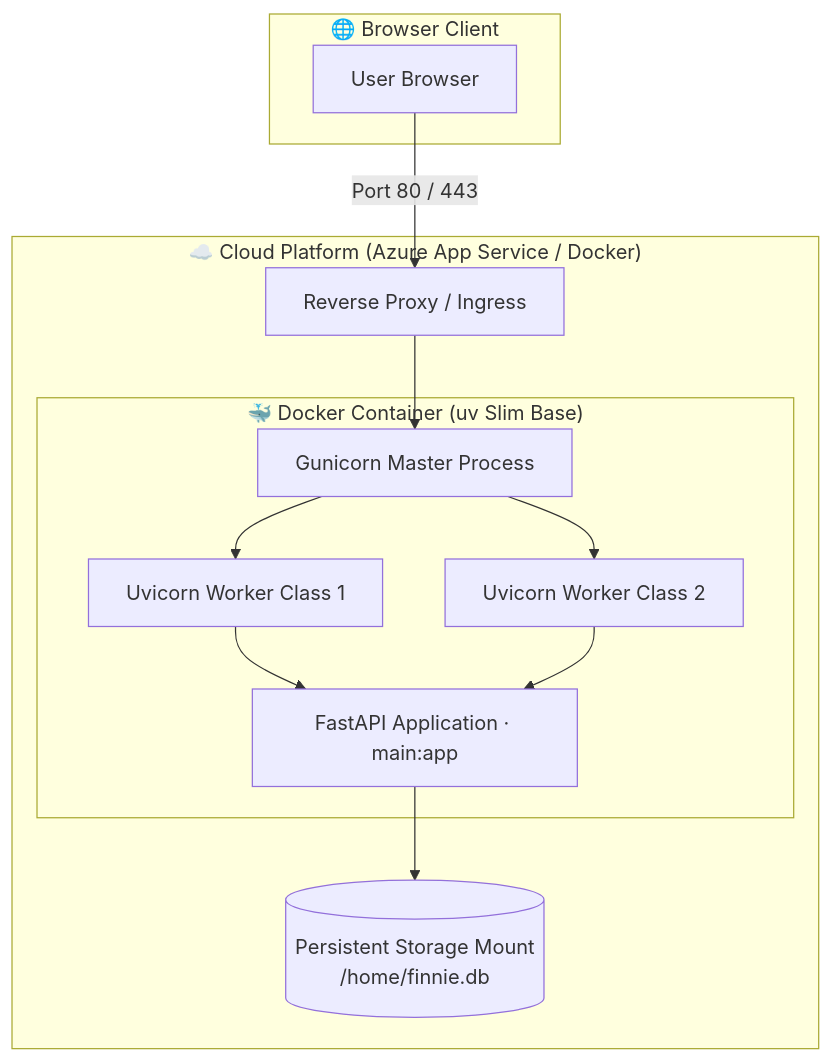
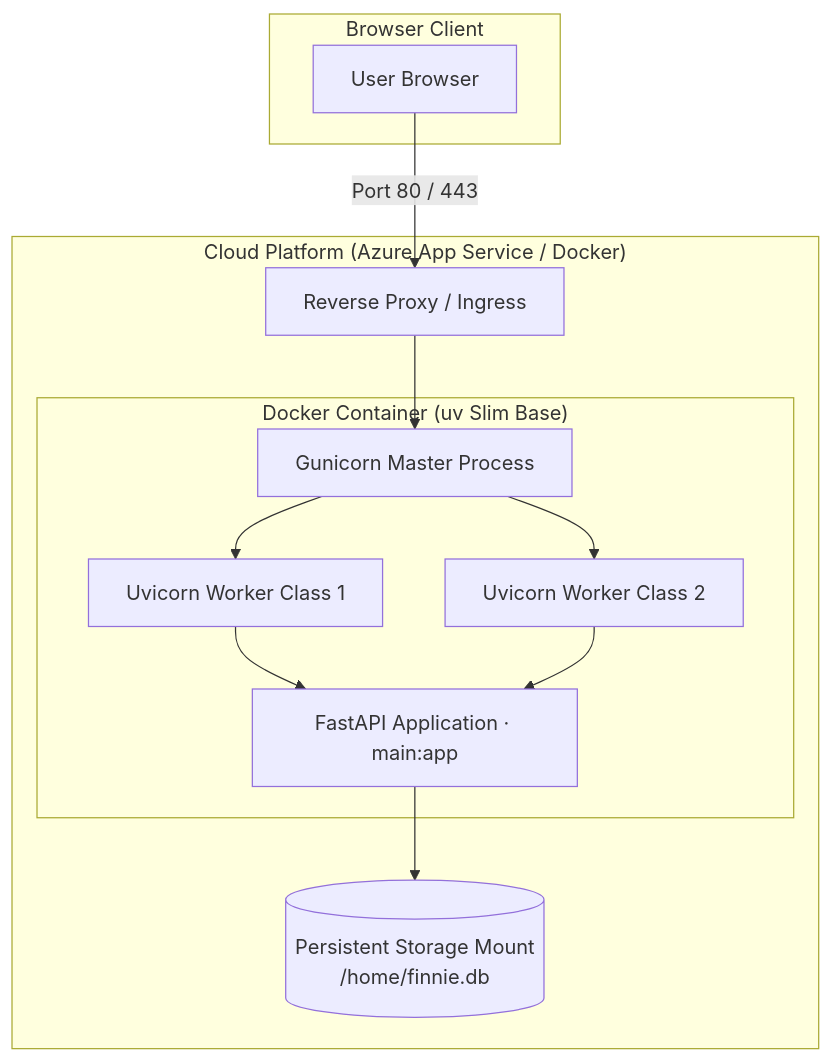
The diagram in docs/DEPLOYMENT.md (uthircloudnative/finnie-ai), drawn with Mermaid before and after one commit. The commit also changed other lines of this file and 33 other files, not shown here.

````diff
--- a/docs/DEPLOYMENT.md
+++ b/docs/DEPLOYMENT.md
@@ -21,27 +21,27 @@
 ```mermaid
 graph TD
-    subgraph Client["🌐 Browser Client"]
+    subgraph Client["Browser Client"]
         Browser[User Browser]
     end
 
-    subgraph Azure["☁️ Cloud Platform (Azure App Service / Docker)"]
+    subgraph Azure[" Cloud Platform (Azure App Service / Docker)"]
         Nginx[Reverse Proxy / Ingress]
         
-        subgraph Container["🐳 Docker Container (uv Slim Base)"]
+        subgraph Container[" Docker Container (uv Slim Base)"]
             Gunicorn[Gunicorn Master Process]
             Uvicorn1[Uvicorn Worker Class 1]
             Uvicorn2[Uvicorn Worker Class 2]
             Gunicorn --> Uvicorn1
             Gunicorn --> Uvicorn2
             FastAPI[FastAPI Application · main:app]
             Uvicorn1 --> FastAPI
             Uvicorn2 --> FastAPI
         end
         
         Mount[(Persistent Storage Mount<br/>/home/finnie.db)]
         FastAPI --> Mount
     end
 
     Browser -->|Port 80 / 443| Nginx
     Nginx --> Gunicorn
 ```
````
